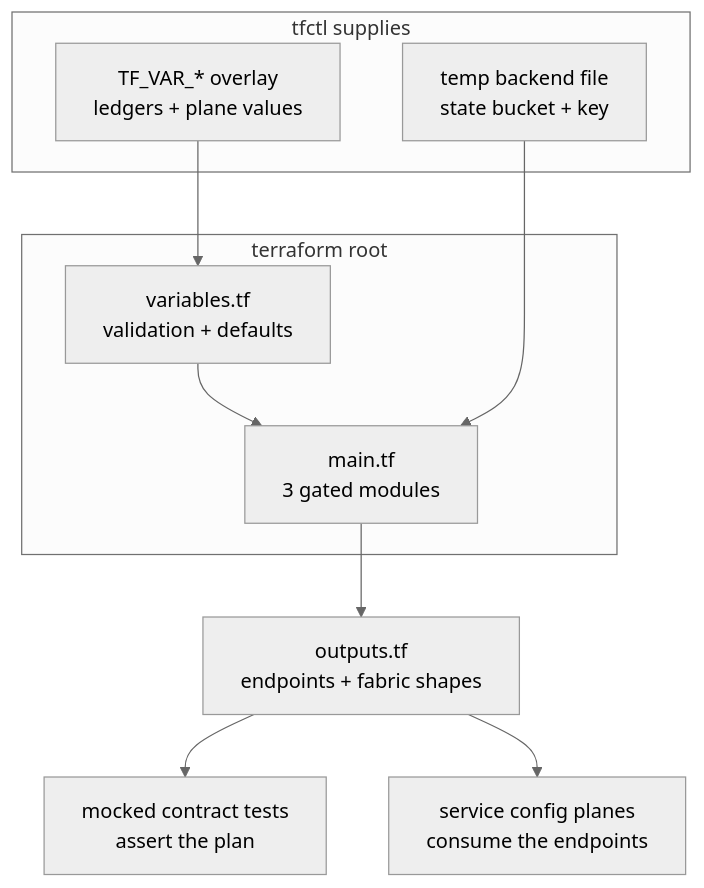
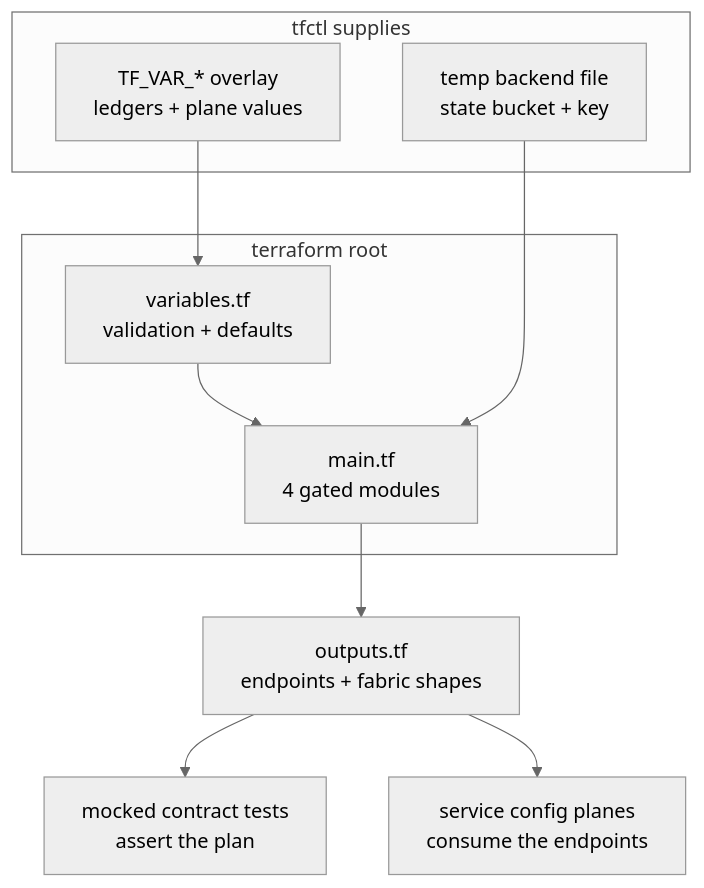
One commit to kunalPisolkar24/detectAI changed the diagram in infra/docs/reference/terraform.md. Above: the diagram before and after it, drawn with Mermaid (neutral theme). The commit also changed other lines of this file and 23 other files, not shown here.

````diff
--- a/infra/docs/reference/terraform.md
+++ b/infra/docs/reference/terraform.md
@@ -75,18 +82,18 @@
 ```mermaid
 graph TB
     subgraph DRIVE["tfctl supplies"]
         TV["TF_VAR_* overlay<br/>ledgers + plane values"]
         BE["temp backend file<br/>state bucket + key"]
     end
 
     subgraph ROOT["terraform root"]
         VARS["variables.tf<br/>validation + defaults"]
-        MODS["main.tf<br/>3 gated modules"]
+        MODS["main.tf<br/>4 gated modules"]
     end
 
     TV --> VARS --> MODS
     BE --> MODS
     MODS --> OUT["outputs.tf<br/>endpoints + fabric shapes"]
     OUT --> TEST["mocked contract tests<br/>assert the plan"]
     OUT --> SVC["service config planes<br/>consume the endpoints"]
 ```
````
